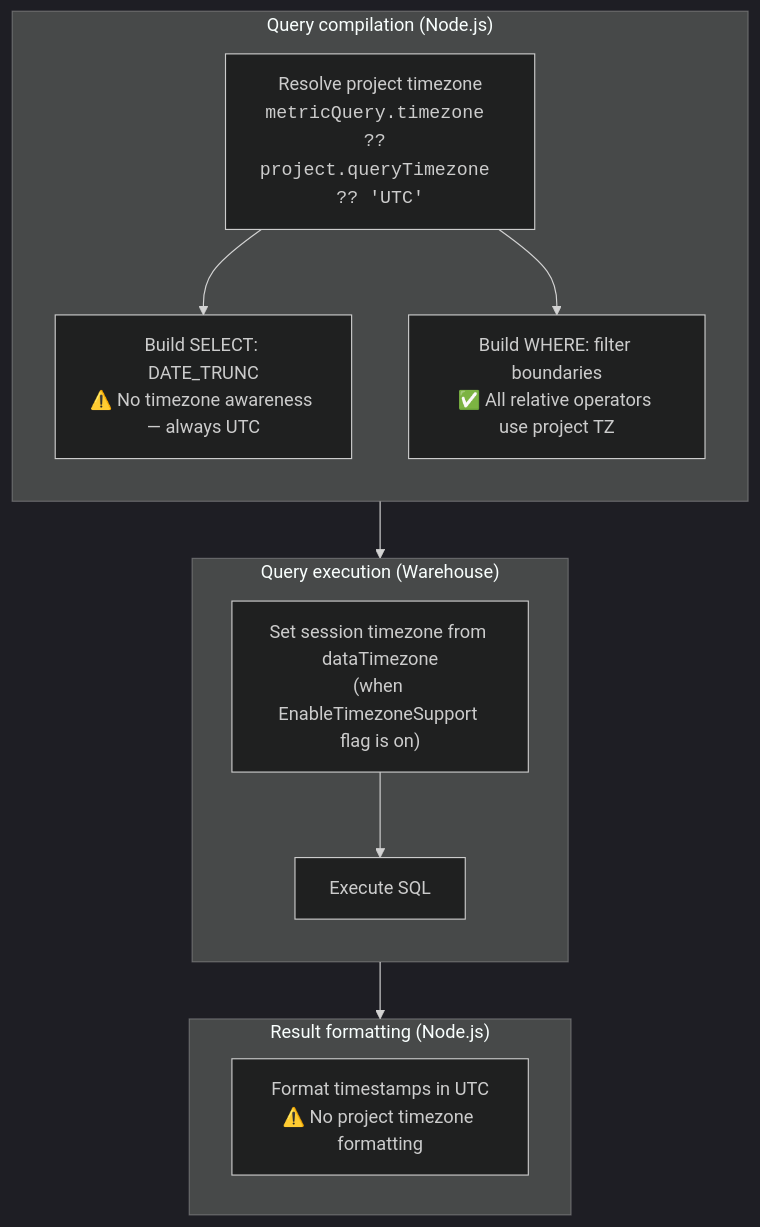
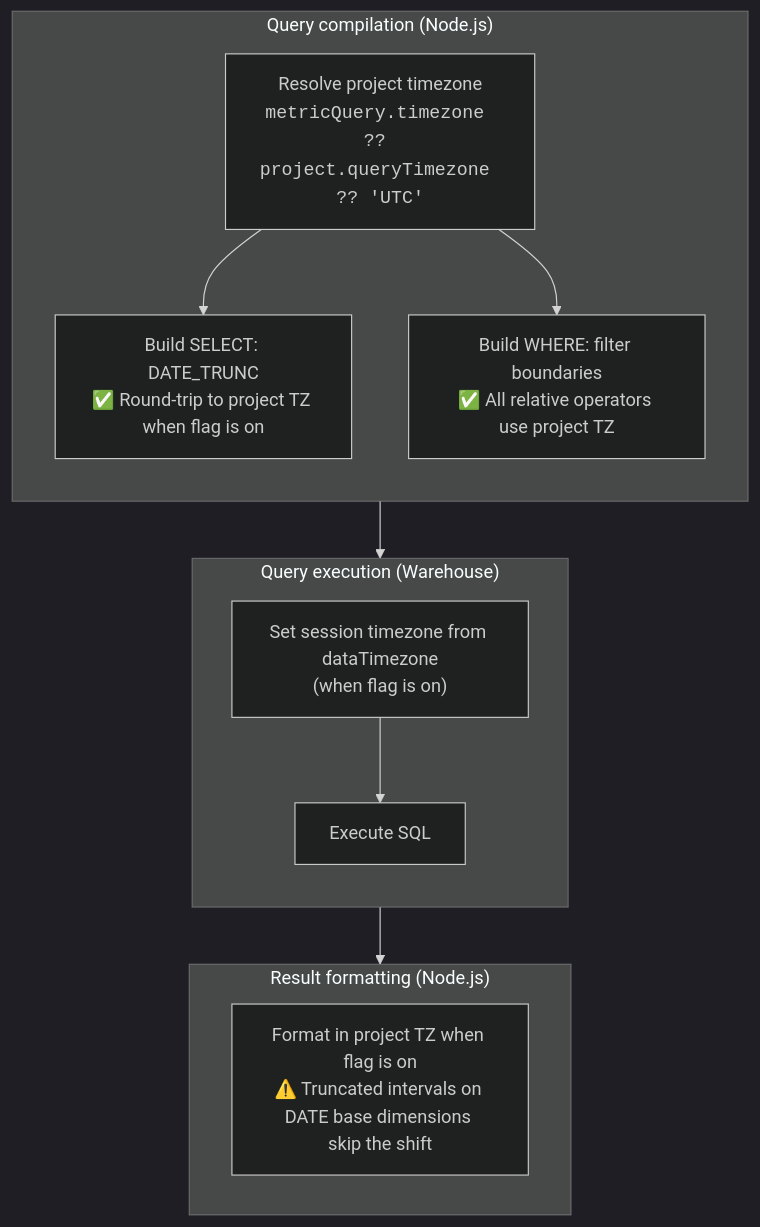
The second of 6 diagrams in docs/timezone-handling.md (lightdash/lightdash), drawn with Mermaid (dark theme) before and after one commit. The commit also changed other lines of this file, not shown here.

Commit message:
docs(timezones): tighten timezone-handling doc tone and scope

````diff
--- a/docs/timezone-handling.md
+++ b/docs/timezone-handling.md
@@ -63,26 +63,26 @@
 ```mermaid
 flowchart TD
     subgraph Compile["Query compilation (Node.js)"]
         direction TB
         A["Resolve project timezone<br/><code>metricQuery.timezone ?? project.queryTimezone ?? 'UTC'</code>"]
-        B["Build SELECT: DATE_TRUNC<br/>⚠️ No timezone awareness — always UTC"]
+        B["Build SELECT: DATE_TRUNC<br/>✅ Round-trip to project TZ when flag is on"]
         C["Build WHERE: filter boundaries<br/>✅ All relative operators use project TZ"]
         A --> B
         A --> C
     end
 
     subgraph Execute["Query execution (Warehouse)"]
         direction TB
-        D["Set session timezone from dataTimezone<br/>(when EnableTimezoneSupport flag is on)"]
+        D["Set session timezone from dataTimezone<br/>(when flag is on)"]
         E["Execute SQL"]
         D --> E
     end
 
     Compile --> Execute
 
     subgraph Format["Result formatting (Node.js)"]
-        F["Format timestamps in UTC<br/>⚠️ No project timezone formatting"]
+        F["Format in project TZ when flag is on<br/>⚠️ Truncated intervals on DATE base dimensions skip the shift"]
     end
 
     Execute --> Format
 ```
````
